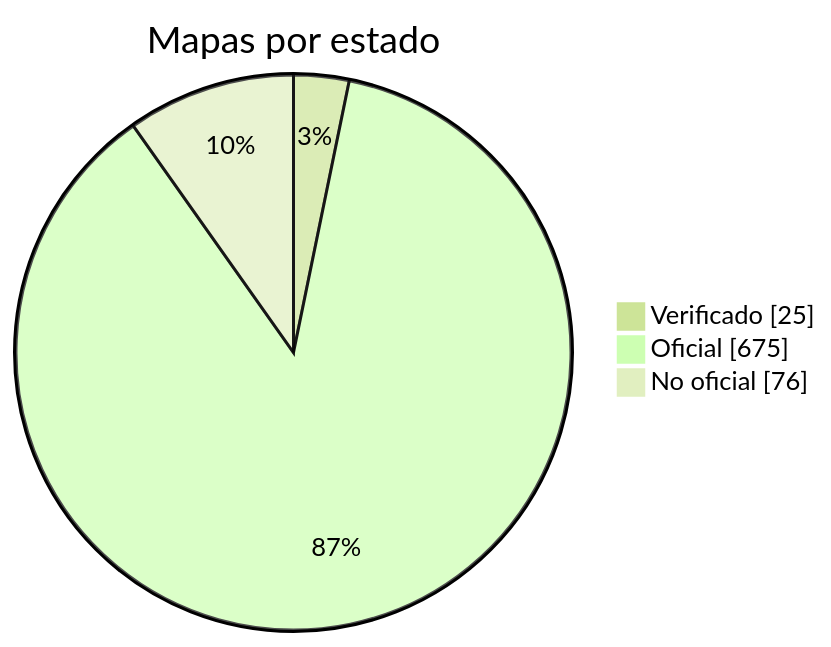
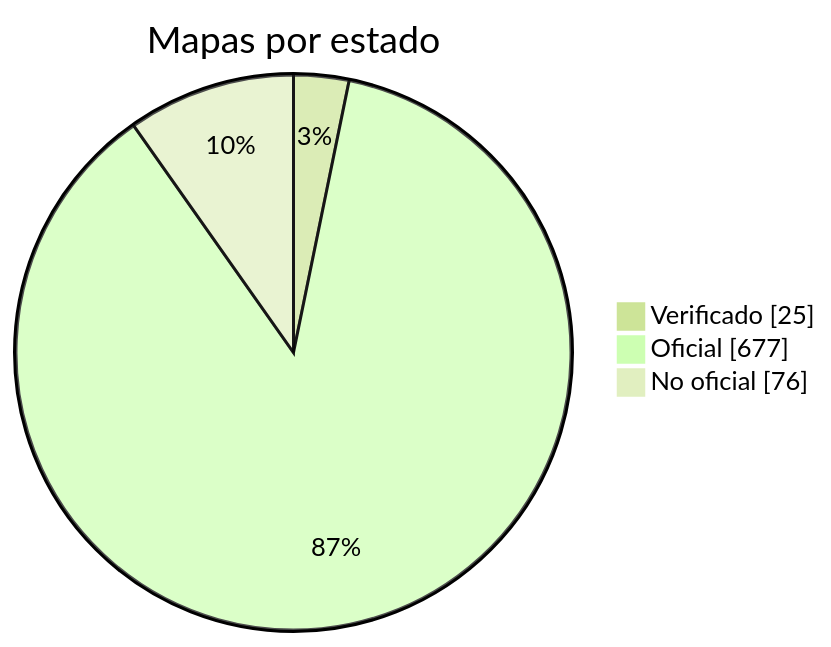
Before and after one commit to nobrega8/mbmap-library: the diagram in docs/readme/README_ES.md, drawn with Mermaid (forest theme). The commit also changed 7 other files, not shown here.

````diff
--- a/docs/readme/README_ES.md
+++ b/docs/readme/README_ES.md
@@ -54,7 +54,7 @@
 ```mermaid
 pie showData
     title Mapas por estado
     "Verificado" : 25
-    "Oficial" : 675
+    "Oficial" : 677
     "No oficial" : 76
 ```
````
